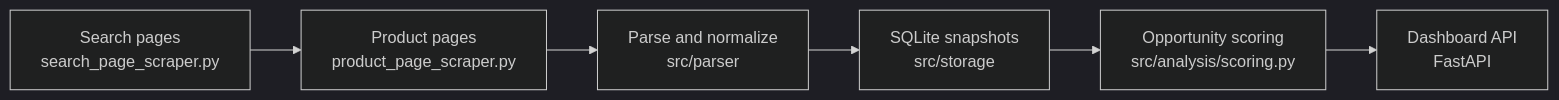
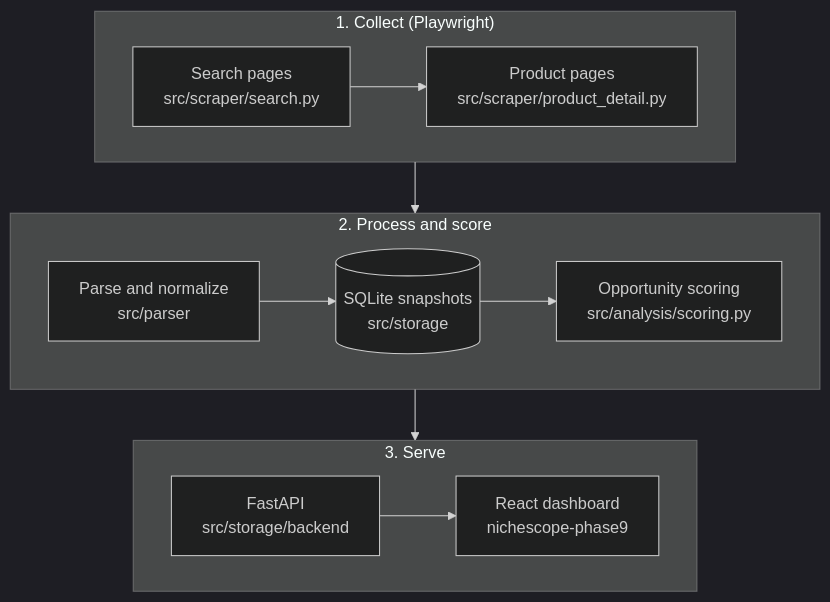
The first of 2 diagrams in README.md (kharatatva/amazon_scraper), drawn with Mermaid (dark theme) before and after one commit. The commit also changed other lines of this file, not shown here.

````diff
--- a/README.md
+++ b/README.md
@@ -22,8 +51,16 @@
 ```mermaid
-flowchart LR
-    A[Search pages<br/>search_page_scraper.py] --> B[Product pages<br/>product_page_scraper.py]
-    B --> C[Parse and normalize<br/>src/parser]
-    C --> D[SQLite snapshots<br/>src/storage]
-    D --> E[Opportunity scoring<br/>src/analysis/scoring.py]
-    E --> F[Dashboard API<br/>FastAPI]
+flowchart TB
+    subgraph collect ["1. Collect (Playwright)"]
+        direction LR
+        A["Search pages<br/>src/scraper/search.py"] --> B["Product pages<br/>src/scraper/product_detail.py"]
+    end
+    subgraph process ["2. Process and score"]
+        direction LR
+        C["Parse and normalize<br/>src/parser"] --> D[("SQLite snapshots<br/>src/storage")] --> E["Opportunity scoring<br/>src/analysis/scoring.py"]
+    end
+    subgraph serve ["3. Serve"]
+        direction LR
+        F["FastAPI<br/>src/storage/backend"] --> G["React dashboard<br/>nichescope-phase9"]
+    end
+    collect --> process --> serve
 ```
````
